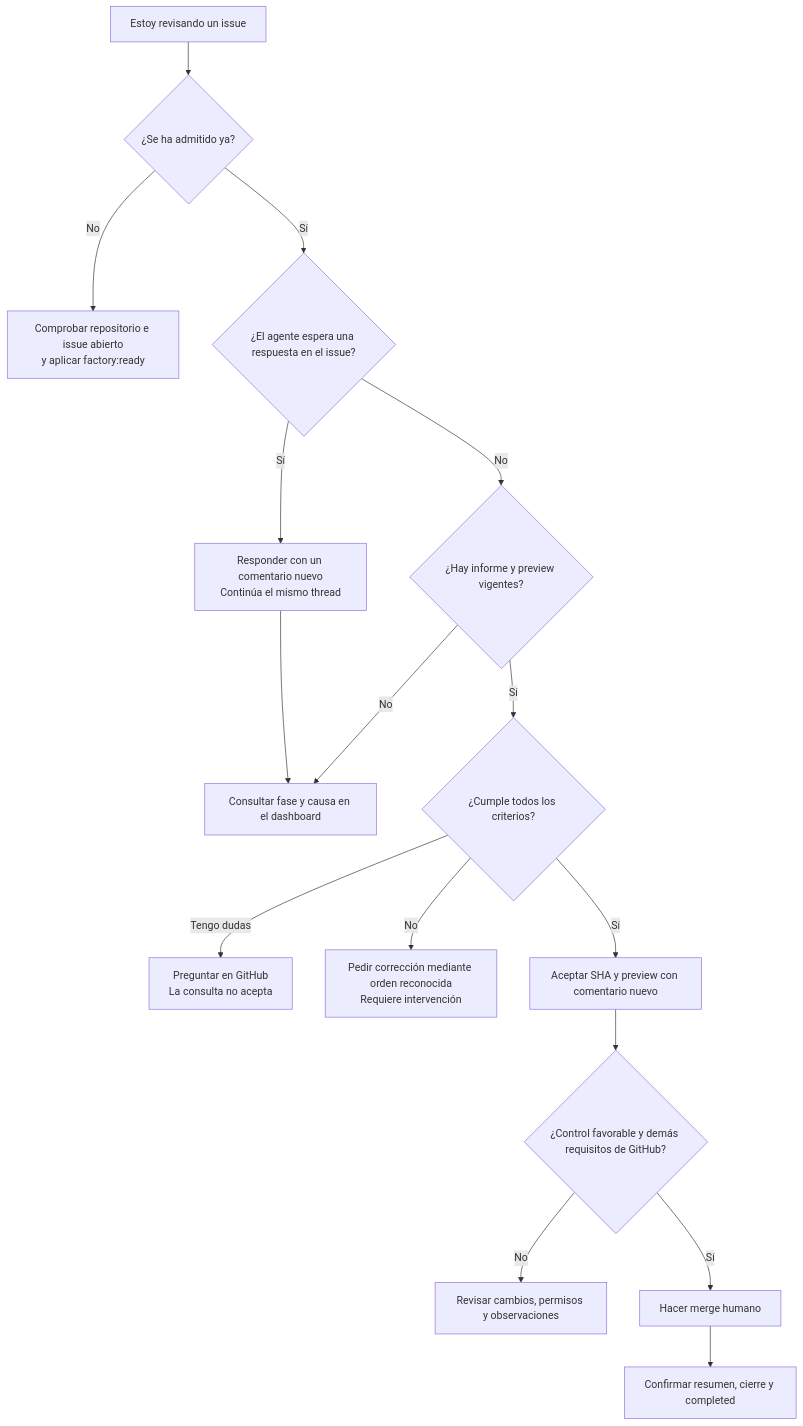
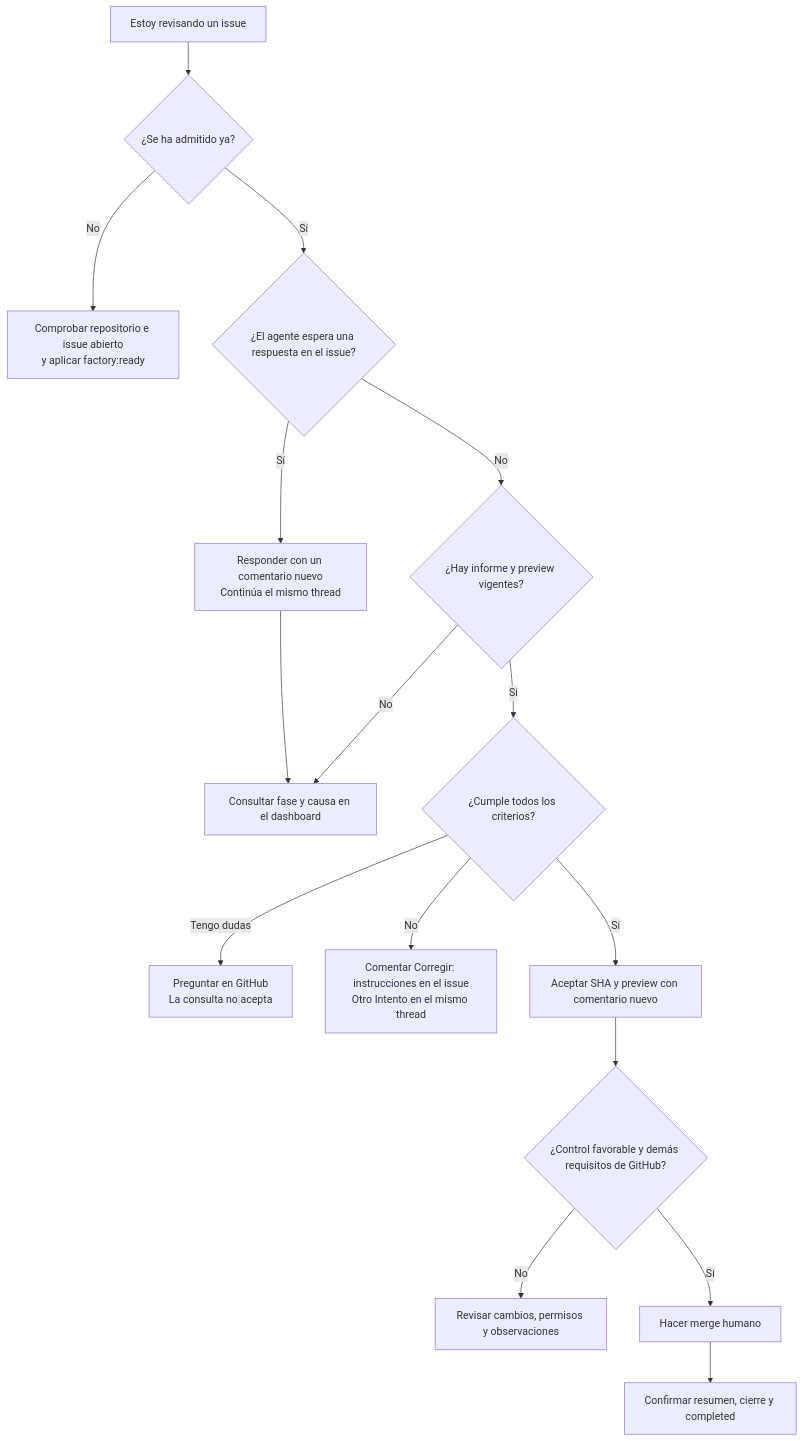
One commit to rubenbp/app-foundry changed the diagram in docs/manual/06-guia-de-un-issue.md. Above: the diagram before and after it, drawn with Mermaid. The commit also changed other lines of this file and 9 other files, not shown here.

````diff
--- a/docs/manual/06-guia-de-un-issue.md
+++ b/docs/manual/06-guia-de-un-issue.md
@@ -30,18 +30,18 @@
 ```mermaid
 flowchart TD
     R["Estoy revisando un issue"] --> A{"¿Se ha admitido ya?"}
     A -->|"No"| P["Comprobar repositorio e issue abierto<br/>y aplicar factory:ready"]
     A -->|"Sí"| W{"¿El agente espera una respuesta en el issue?"}
     W -->|"Sí"| J["Responder con un comentario nuevo<br/>Continúa el mismo thread"]
     J --> E["Consultar fase y causa en el dashboard"]
     W -->|"No"| C{"¿Hay informe y preview vigentes?"}
     C -->|"No"| E["Consultar fase y causa en el dashboard"]
     C -->|"Sí"| B{"¿Cumple todos los criterios?"}
     B -->|"Tengo dudas"| Q["Preguntar en GitHub<br/>La consulta no acepta"]
-    B -->|"No"| X["Pedir corrección mediante orden reconocida<br/>Requiere intervención"]
+    B -->|"No"| X["Comentar Corregir: instrucciones en el issue<br/>Otro Intento en el mismo thread"]
     B -->|"Sí"| H["Aceptar SHA y preview con comentario nuevo"]
     H --> G{"¿Control favorable y demás requisitos de GitHub?"}
     G -->|"No"| V["Revisar cambios, permisos y observaciones"]
     G -->|"Sí"| M["Hacer merge humano"]
     M --> F["Confirmar resumen, cierre y completed"]
 ```
````
